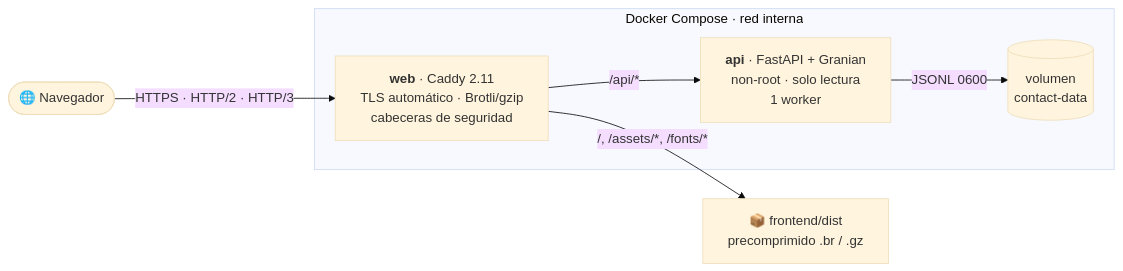
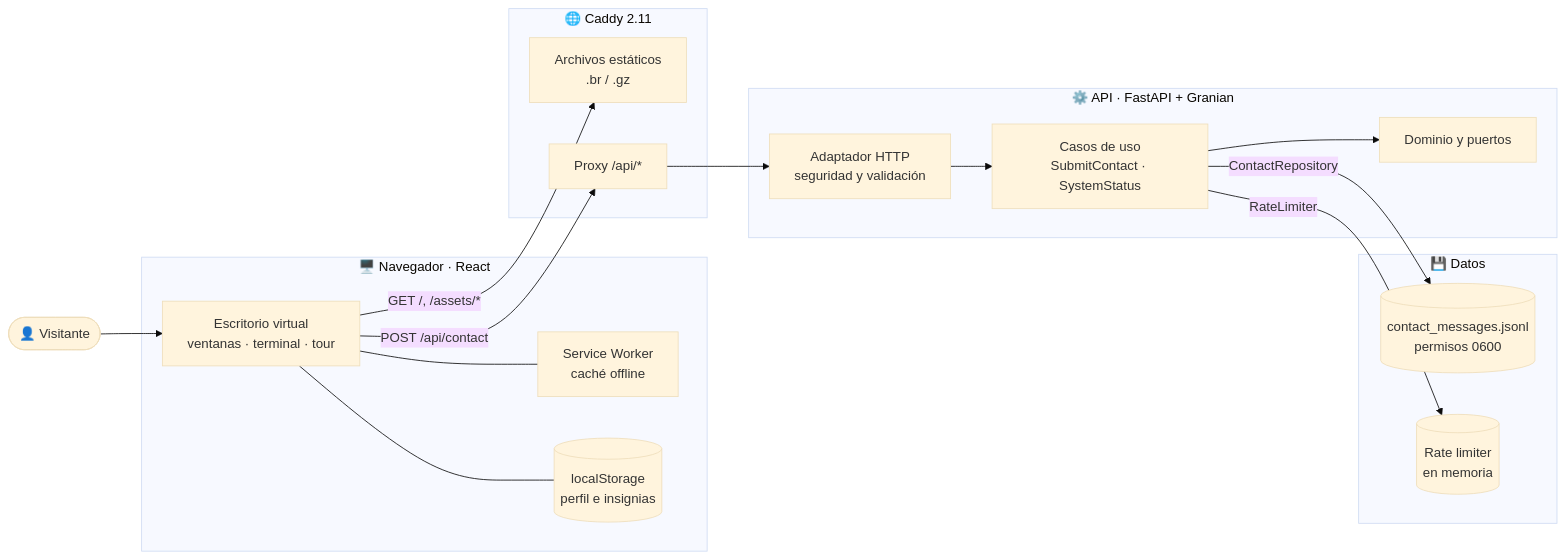
The first of 5 diagrams in README.md (maximiliano-andres/new_porfolio), drawn with Mermaid (base theme) before and after one commit. The commit also changed other lines of this file and 7 other files, not shown here.

````diff
--- a/README.md
+++ b/README.md
@@ -51,14 +126,35 @@
 ```mermaid
 flowchart LR
-    U(["🌐 Navegador"]) -->|"HTTPS · HTTP/2 · HTTP/3"| C
+    U(["👤 Visitante"])
 
-    subgraph D["Docker Compose · red interna"]
-        C["<b>web</b> · Caddy 2.11<br/>TLS automático · Brotli/gzip<br/>cabeceras de seguridad"]
-        A["<b>api</b> · FastAPI + Granian<br/>non-root · solo lectura<br/>1 worker"]
-        V[("volumen<br/>contact-data")]
-        C -->|"/api/*"| A
-        A -->|"JSONL 0600"| V
+    subgraph FE["🖥️ Navegador · React"]
+        UI["Escritorio virtual<br/>ventanas · terminal · tour"]
+        SW["Service Worker<br/>caché offline"]
+        LS[("localStorage<br/>perfil e insignias")]
     end
 
-    C -->|"/, /assets/*, /fonts/*"| S["📦 frontend/dist<br/>precomprimido .br / .gz"]
+    subgraph EDGE["🌐 Caddy 2.11"]
+        ST["Archivos estáticos<br/>.br / .gz"]
+        RP["Proxy /api/*"]
+    end
+
+    subgraph BE["⚙️ API · FastAPI + Granian"]
+        HTTP["Adaptador HTTP<br/>seguridad y validación"]
+        UC["Casos de uso<br/>SubmitContact · SystemStatus"]
+        DOM["Dominio y puertos"]
+    end
+
+    subgraph DATA["💾 Datos"]
+        J[("contact_messages.jsonl<br/>permisos 0600")]
+        RL[("Rate limiter<br/>en memoria")]
+    end
+
+    U --> UI
+    UI --- LS
+    UI --- SW
+    UI -->|"GET /, /assets/*"| ST
+    UI -->|"POST /api/contact"| RP
+    RP --> HTTP --> UC --> DOM
+    UC -->|"ContactRepository"| J
+    UC -->|"RateLimiter"| RL
 ```
````
